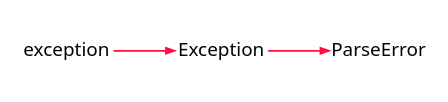
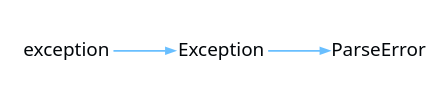
The diagram in Current/images/internal-diagram-48.dot (CharlesCarley/MdDox), drawn with Graphviz before and after one commit. The commit also changed 124 other files, not shown here.

```diff
--- a/Current/images/internal-diagram-48.dot
+++ b/Current/images/internal-diagram-48.dot
@@ -1,35 +1,35 @@
 digraph {
  rankdir = "LR"
  bgcolor = none;
  layout  = dot;
  edge [
    arrowsize = "0.5"
-   color     = "#FF1040FF"
+   color     = "#69BFFFFF"
  ]
- WyLRrGf[
+ dJYcf2Z[
    shape    = none
    label    = "exception"
    margin   = "0.01"
    fontname = "Segoe UI"
    fontsize = "11"
    fontcolor= "#010509FF"
  ]
- dr9RrGf[
+ W0Ycf2Z[
    shape    = none
    label    = "Exception"
    margin   = "0.01"
    fontname = "Segoe UI"
    fontsize = "11"
    fontcolor= "#010509FF"
  ]
- W6LRrGf[
+ dxYcf2Z[
    shape    = none
    label    = "ParseError"
    margin   = "0.01"
    fontname = "Segoe UI"
    fontsize = "11"
    fontcolor= "#010509FF"
  ]
- dr9RrGf->W6LRrGf
- WyLRrGf->dr9RrGf
+ W0Ycf2Z->dxYcf2Z
+ dJYcf2Z->W0Ycf2Z
 }
```
